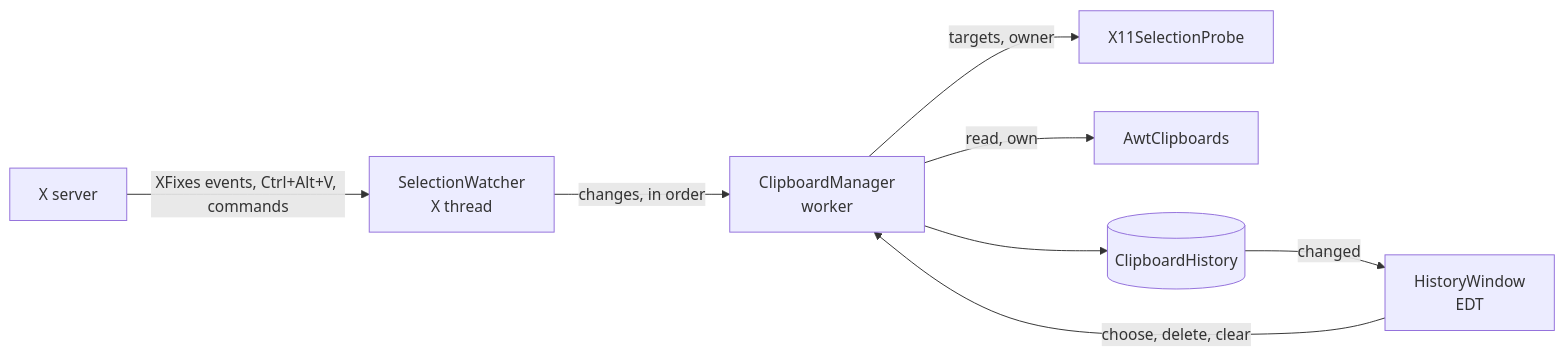
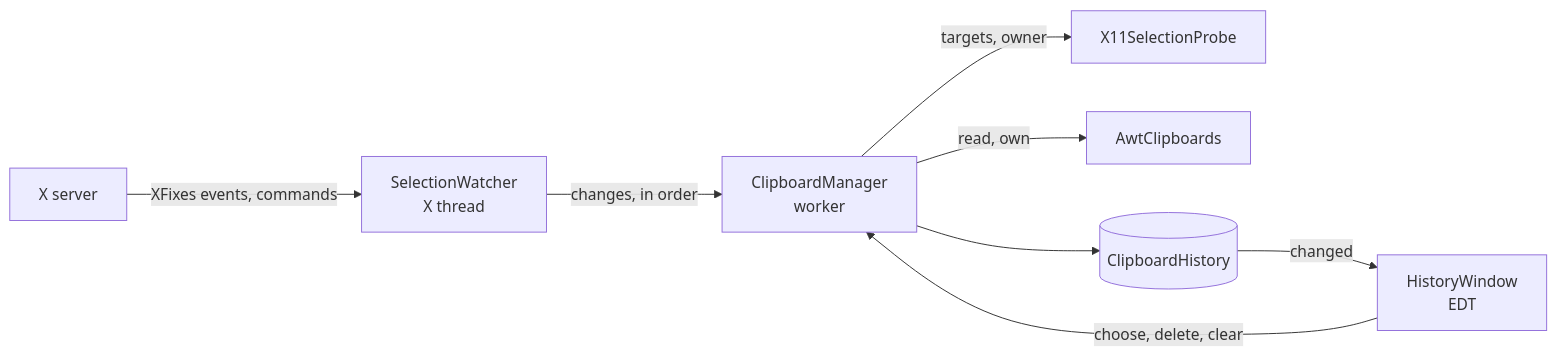
The diagram in docs/handbook/chapters/65-clipboard.md (amadeos-eu/amade-commons), drawn with Mermaid before and after one commit. The commit also changed other lines of this file and 6 other files, not shown here.

````diff
--- a/docs/handbook/chapters/65-clipboard.md
+++ b/docs/handbook/chapters/65-clipboard.md
@@ -42,10 +42,10 @@
 ```mermaid
 flowchart LR
-    X[X server] -- XFixes events, Ctrl+Alt+V, commands --> W[SelectionWatcher<br/>X thread]
+    X[X server] -- XFixes events, commands --> W[SelectionWatcher<br/>X thread]
     W -- changes, in order --> M[ClipboardManager<br/>worker]
     M -- targets, owner --> P[X11SelectionProbe]
     M -- read, own --> A[AwtClipboards]
     M --> H[(ClipboardHistory)]
     H -- changed --> UI[HistoryWindow<br/>EDT]
     UI -- choose, delete, clear --> M
 ```
````
